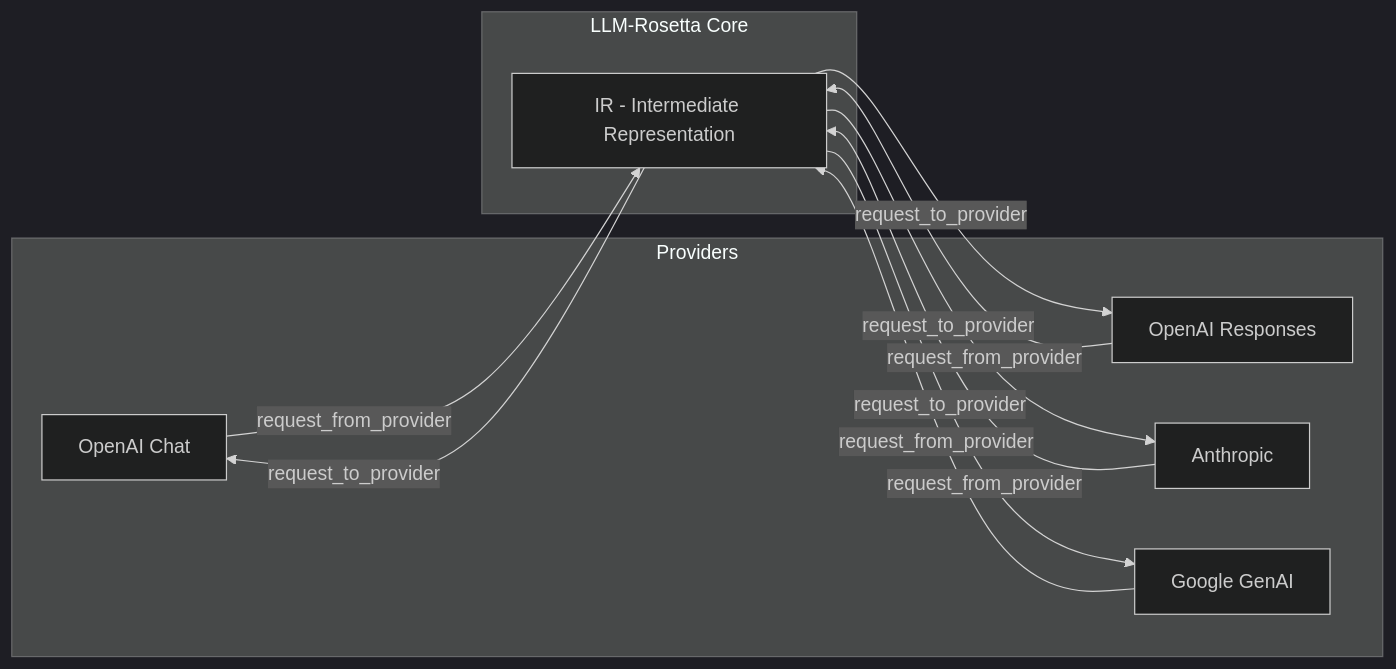
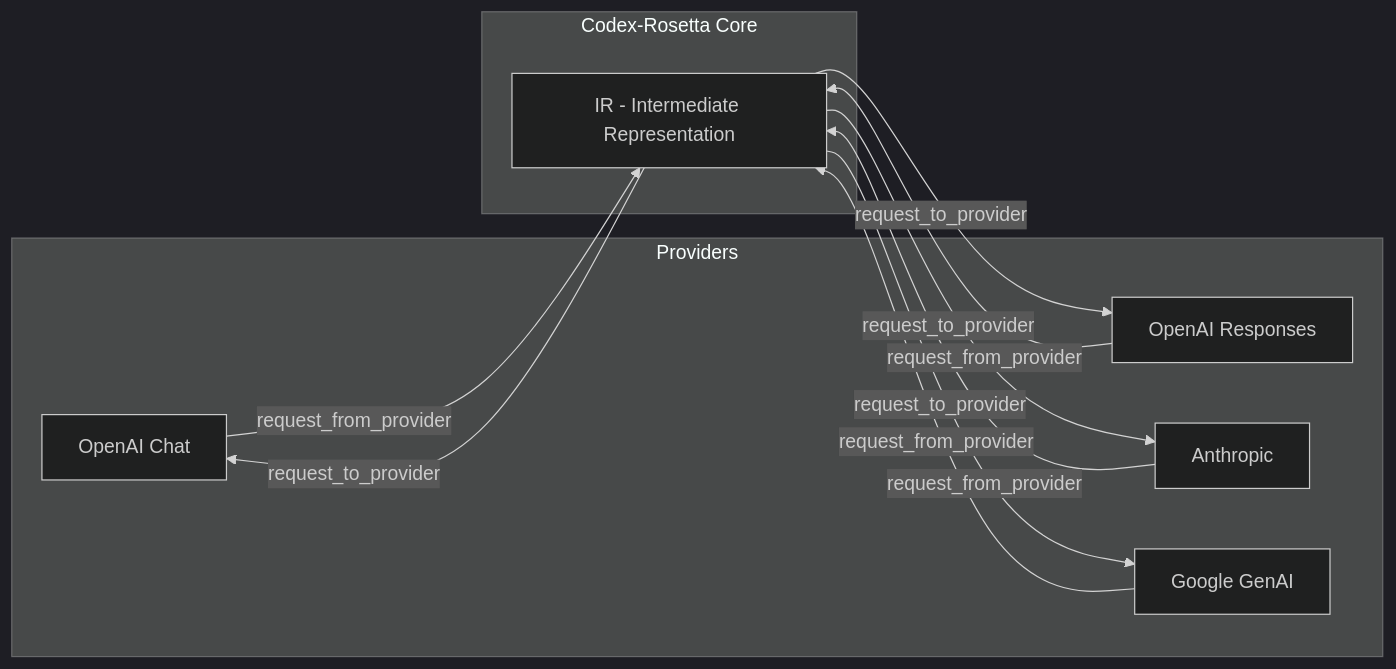
The first of 9 diagrams in references/design/architecture.md (iBobbyTS/codex-rosetta), drawn with Mermaid (dark theme) before and after one commit. The commit also changed other lines of this file and 485 other files, not shown here.

First line of the commit message:
refactor(package): rename project to codex-rosetta

````diff
--- a/references/design/architecture.md
+++ b/references/design/architecture.md
@@ -7,22 +7,22 @@
 ```mermaid
 graph LR
     subgraph Providers
         OC[OpenAI Chat]
         OR[OpenAI Responses]
         AN[Anthropic]
         GO[Google GenAI]
     end
 
-    subgraph LLM-Rosetta Core
+    subgraph Codex-Rosetta Core
         IR[IR - Intermediate Representation]
     end
 
     OC -- request_from_provider --> IR
     IR -- request_to_provider --> OC
     OR -- request_from_provider --> IR
     IR -- request_to_provider --> OR
     AN -- request_from_provider --> IR
     IR -- request_to_provider --> AN
     GO -- request_from_provider --> IR
     IR -- request_to_provider --> GO
 ```
````
